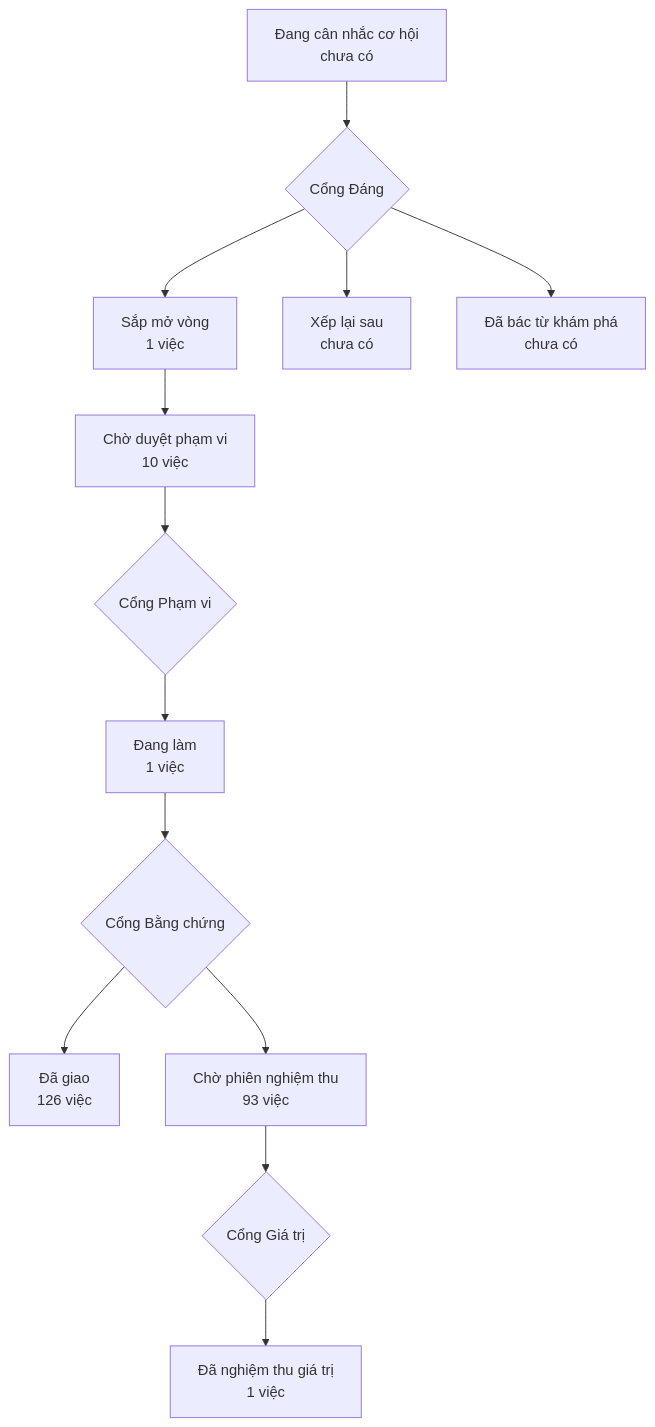
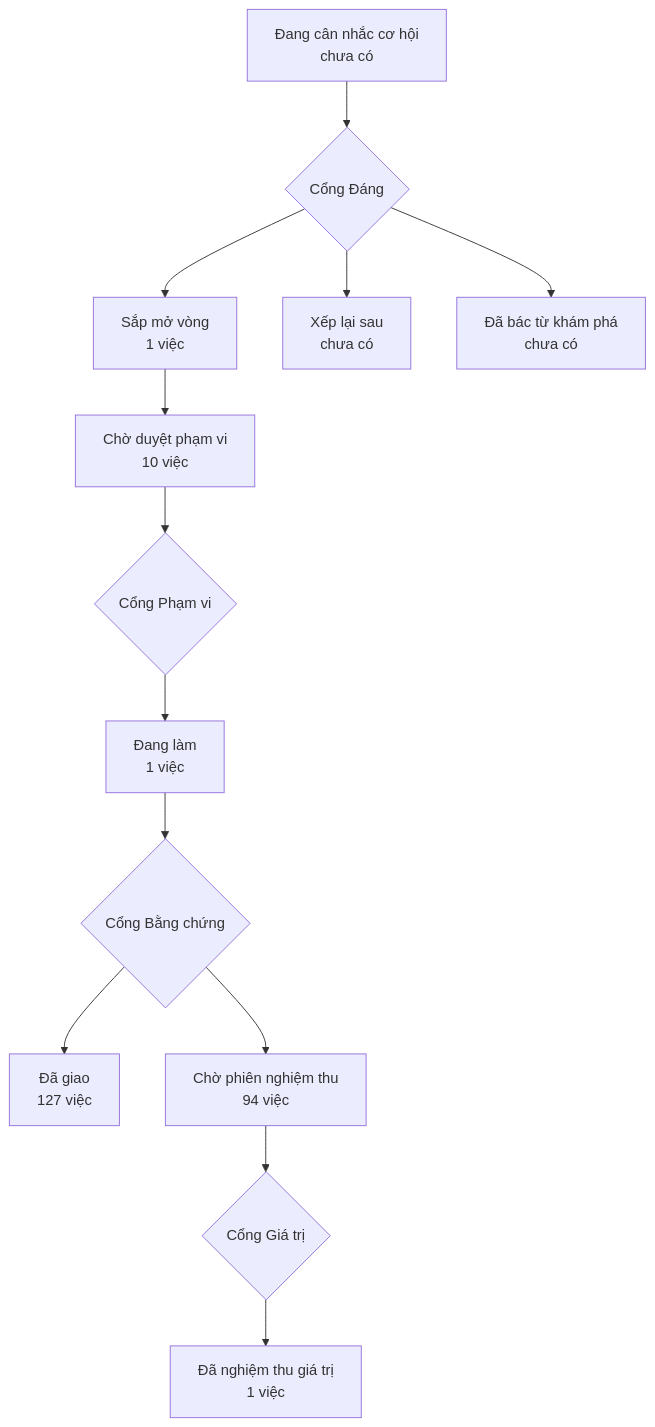
The diagram in PRODUCT-MAP.md (phanlemanh/onehub-invest), drawn with Mermaid before and after one commit. The commit also changed other lines of this file and 1 other file, not shown here.

Commit message:
docs: vẽ lại bản đồ sản phẩm sau khi gộp main

````diff
--- a/PRODUCT-MAP.md
+++ b/PRODUCT-MAP.md
@@ -7,12 +7,12 @@
 ```mermaid
 flowchart TD
   A["Đang cân nhắc cơ hội<br/>chưa có"] --> GD{"Cổng Đáng"}
   GD --> B["Sắp mở vòng<br/>1 việc"]
   GD --> XL["Xếp lại sau<br/>chưa có"]
   GD --> DB["Đã bác từ khám phá<br/>chưa có"]
   B --> CD["Chờ duyệt phạm vi<br/>10 việc"] --> GP{"Cổng Phạm vi"}
   GP --> DL["Đang làm<br/>1 việc"] --> GB{"Cổng Bằng chứng"}
-  GB --> DG["Đã giao<br/>126 việc"]
-  GB --> CN["Chờ phiên nghiệm thu<br/>93 việc"] --> GG{"Cổng Giá trị"}
+  GB --> DG["Đã giao<br/>127 việc"]
+  GB --> CN["Chờ phiên nghiệm thu<br/>94 việc"] --> GG{"Cổng Giá trị"}
   GG --> NT["Đã nghiệm thu giá trị<br/>1 việc"]
 ```
````
